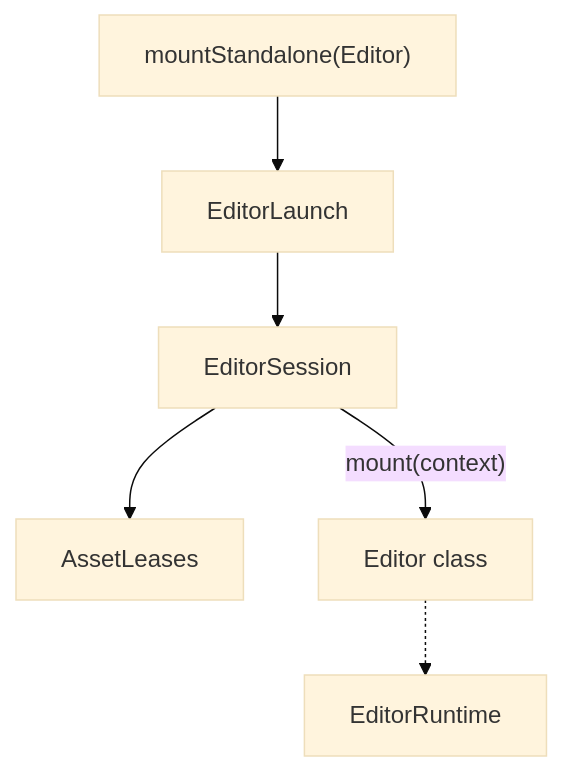
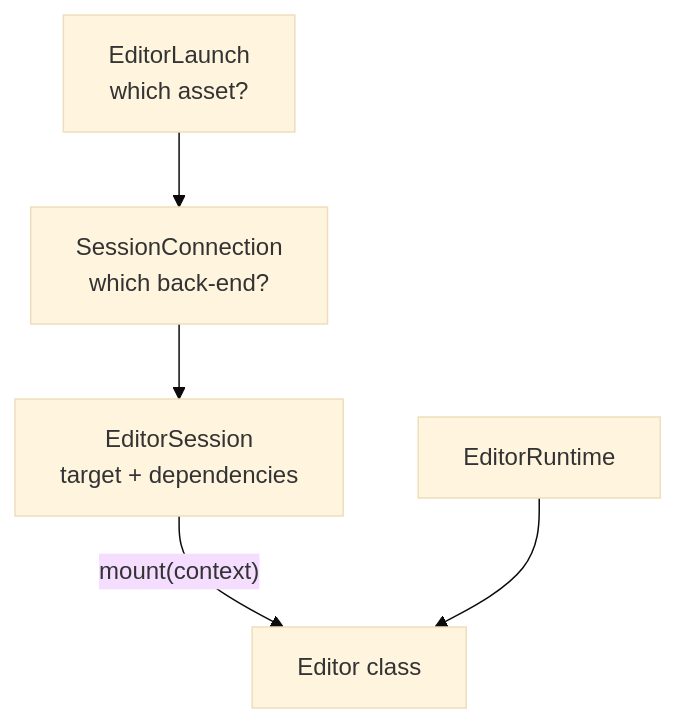
Before and after one commit to JollyPixel/editor: the first of 5 diagrams in packages/editors/host/ARCHITECTURE.md, drawn with Mermaid (base theme). The commit also changed other lines of this file and 237 other files, not shown here.

Commit message:
refactor(editor.host): improve architecture (#1079)

````diff
--- a/packages/editors/host/ARCHITECTURE.md
+++ b/packages/editors/host/ARCHITECTURE.md
@@ -9,8 +9,7 @@
 ```mermaid
 flowchart TB
-    Page["mountStandalone(Editor)"] --> Launch["EditorLaunch"]
-    Launch --> Session["EditorSession"]
-    Session --> Leases["AssetLeases"]
+    Launch["EditorLaunch<br/>which asset?"] --> Connection["SessionConnection<br/>which back-end?"]
+    Connection --> Session["EditorSession<br/>target + dependencies"]
     Session -->|"mount(context)"| Editor["Editor class"]
-    Editor -.-> Runtime["EditorRuntime"]
+    Runtime["EditorRuntime"] --> Editor
 ```
````
